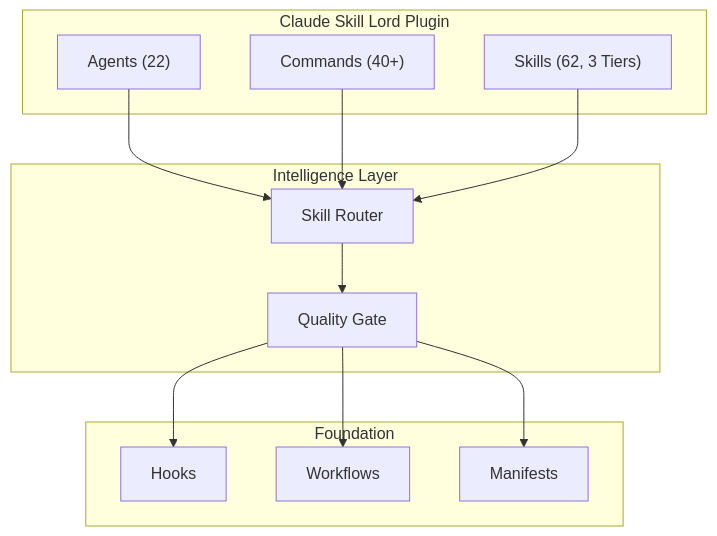
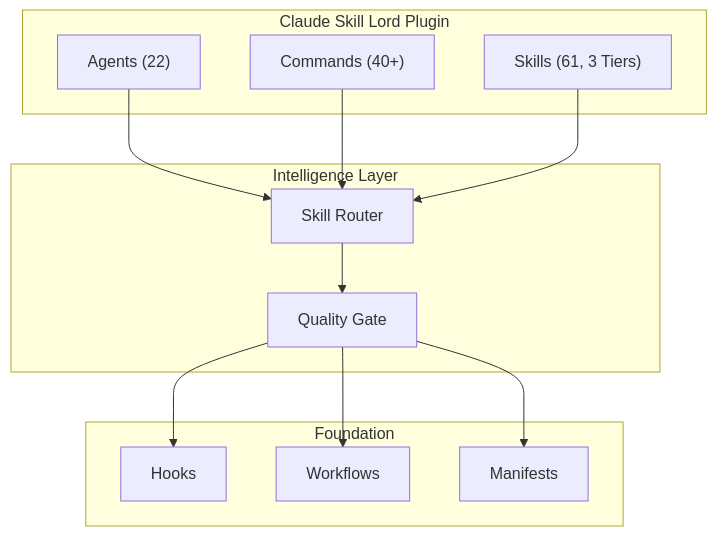
The diagram in README.md (donganhvuphp/Claude-Skills-Lord), drawn with Mermaid before and after one commit. The commit also changed other lines of this file and 188 other files, not shown here.

````diff
--- a/README.md
+++ b/README.md
@@ -85,27 +85,27 @@
 ```mermaid
 graph TD
     subgraph Plugin["Claude Skill Lord Plugin"]
         A["Agents (22)"]
         B["Commands (40+)"]
-        C["Skills (62, 3 Tiers)"]
+        C["Skills (61, 3 Tiers)"]
     end
 
     subgraph Intelligence["Intelligence Layer"]
         D["Skill Router"]
         E["Quality Gate"]
     end
 
     subgraph Infra["Foundation"]
         F["Hooks"]
         G["Workflows"]
         H["Manifests"]
     end
 
     A --> D
     B --> D
     C --> D
     D --> E
     E --> F
     E --> G
     E --> H
 ```
````
